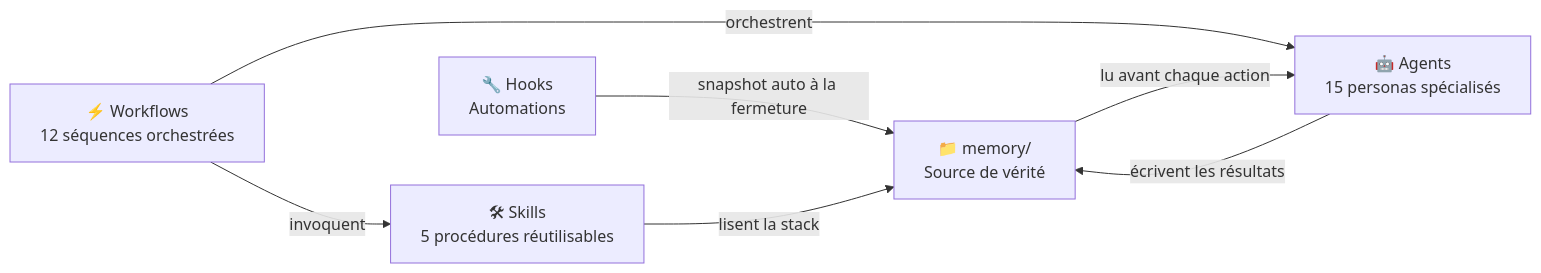
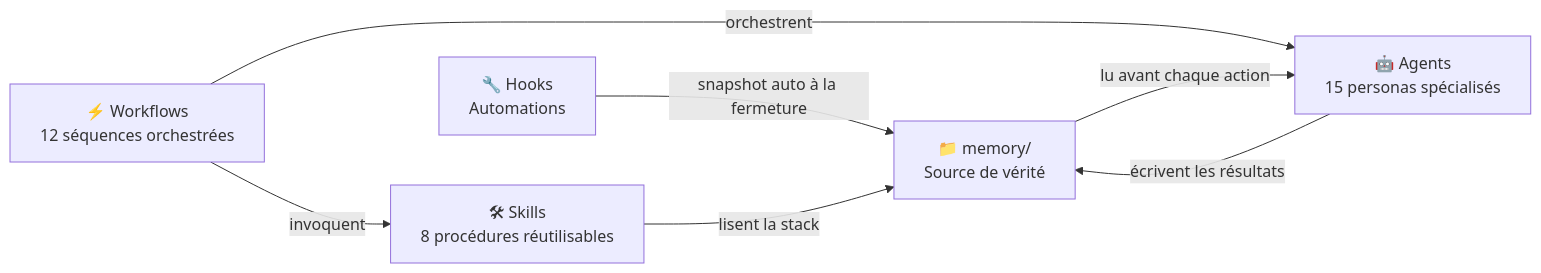
The diagram in docs/fr/README.md (KillianPiccerelle/ai-dev-framework), drawn with Mermaid before and after one commit. The commit also changed other lines of this file and 5 other files, not shown here.

````diff
--- a/docs/fr/README.md
+++ b/docs/fr/README.md
@@ -85,15 +85,15 @@
 ```mermaid
 graph LR
     MEM["📁 memory/\nSource de vérité"]
     AGT["🤖 Agents\n15 personas spécialisés"]
     WFL["⚡ Workflows\n12 séquences orchestrées"]
-    SKL["🛠 Skills\n5 procédures réutilisables"]
+    SKL["🛠 Skills\n8 procédures réutilisables"]
     HKS["🔧 Hooks\nAutomations"]
 
     MEM -->|lu avant chaque action| AGT
     AGT -->|écrivent les résultats| MEM
     WFL -->|orchestrent| AGT
     WFL -->|invoquent| SKL
     SKL -->|lisent la stack| MEM
     HKS -->|snapshot auto à la fermeture| MEM
 ```
````
